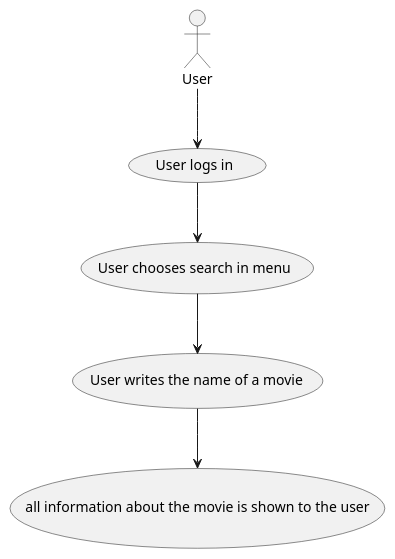
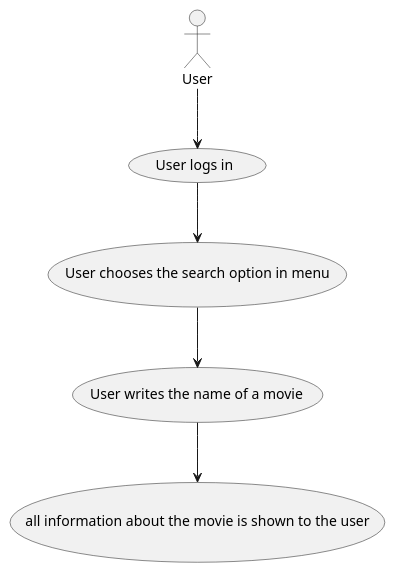
One commit to Inga-Helgadottir/SP5-J.A.I.R changed the diagram in planningSP5/usecaseSearch.wsd. Above: the diagram before and after it, drawn with PlantUML. The commit also changed 4 other files, not shown here.

```diff
--- a/planningSP5/usecaseSearch.wsd
+++ b/planningSP5/usecaseSearch.wsd
@@ -1,8 +1,8 @@
-@startuml SP3
+@startuml SP5
 
 :User: --> (User logs in)
-(User logs in) --> (User chooses search in menu)
-(User chooses search in menu) --> (User writes the name of a movie)
+(User logs in) --> (User chooses the search option in menu)
+(User chooses the search option in menu) --> (User writes the name of a movie)
 (User writes the name of a movie) --> (all information about the movie is shown to the user)
 
 @enduml
```
